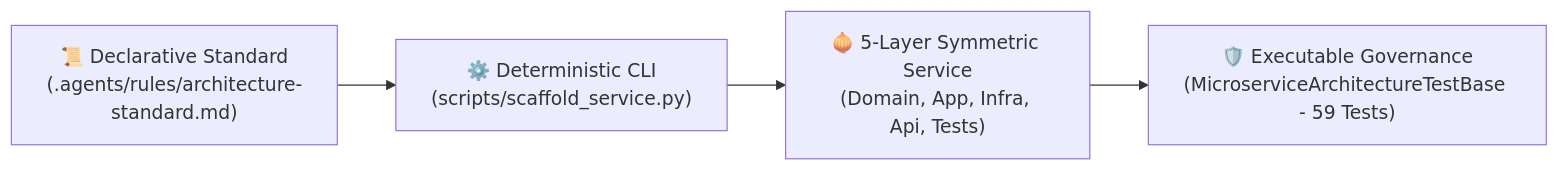
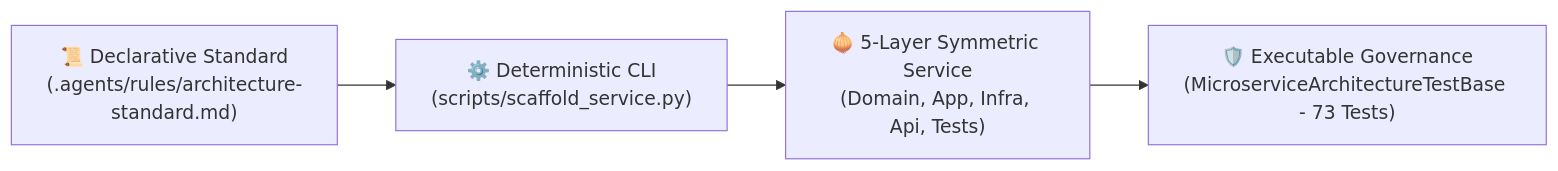
Before and after one commit to enesonmez/shuffleseries_microservices: the third of 4 diagrams in README.md, drawn with Mermaid. The commit also changed other lines of this file and 4 other files, not shown here.

````diff
--- a/README.md
+++ b/README.md
@@ -352,6 +352,6 @@
 ```mermaid
 flowchart LR
     Rule["📜 Declarative Standard\n(.agents/rules/architecture-standard.md)"] --> Scaffold["⚙️ Deterministic CLI\n(scripts/scaffold_service.py)"]
     Scaffold --> Onion["🧅 5-Layer Symmetric Service\n(Domain, App, Infra, Api, Tests)"]
-    Onion --> Fitness["🛡️ Executable Governance\n(MicroserviceArchitectureTestBase - 59 Tests)"]
+    Onion --> Fitness["🛡️ Executable Governance\n(MicroserviceArchitectureTestBase - 73 Tests)"]
 ```
````
